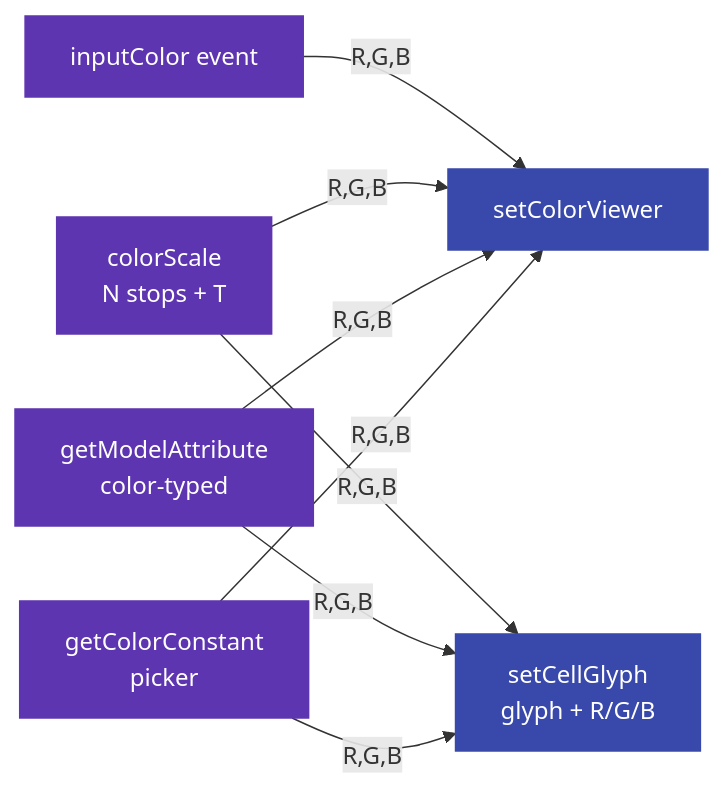
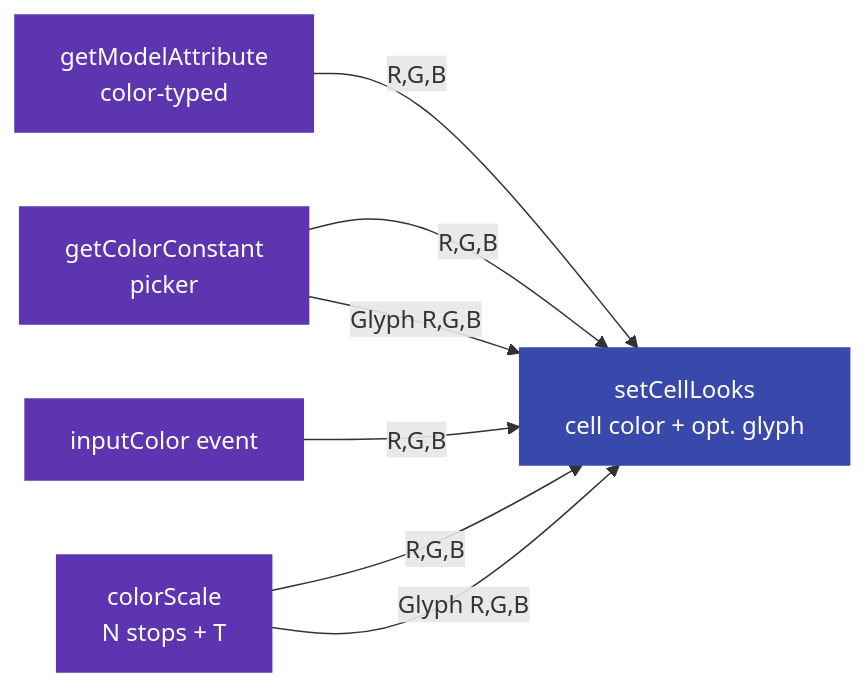
The third of 4 diagrams in docs/NODES_REFERENCE.md (rff255/GenesisCA), drawn with Mermaid before and after one commit. The commit also changed other lines of this file and 18 other files, not shown here.

First line of the commit message:
Merge Set Color Viewer + Set Cell Glyph into one Set Cell Looks node

````diff
--- a/docs/NODES_REFERENCE.md
+++ b/docs/NODES_REFERENCE.md
@@ -328,16 +327,14 @@
 ```mermaid
 graph LR
   classDef prod fill:#5e35b1,stroke:#5e35b1,color:#fff
   classDef cons fill:#3949ab,stroke:#3949ab,color:#fff
 
   A[getColorConstant<br/>picker]:::prod -- R,G,B --> C
   B[getModelAttribute<br/>color-typed]:::prod -- R,G,B --> C
   D[colorScale<br/>N stops + T]:::prod -- R,G,B --> C
   E[inputColor event]:::prod -- R,G,B --> C
 
-  C[setColorViewer]:::cons
-  F[setCellGlyph<br/>glyph + R/G/B]:::cons
-  A -- R,G,B --> F
-  B -- R,G,B --> F
-  D -- R,G,B --> F
+  C[setCellLooks<br/>cell color + opt. glyph]:::cons
+  A -- Glyph R,G,B --> C
+  D -- Glyph R,G,B --> C
 ```
````
